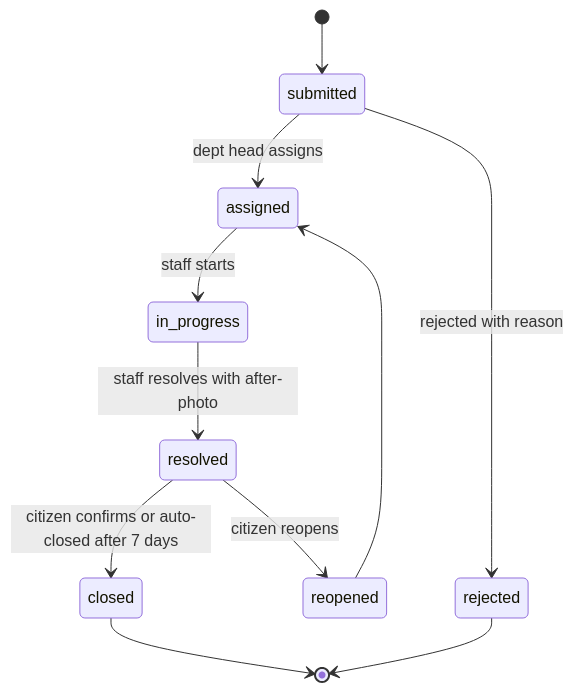
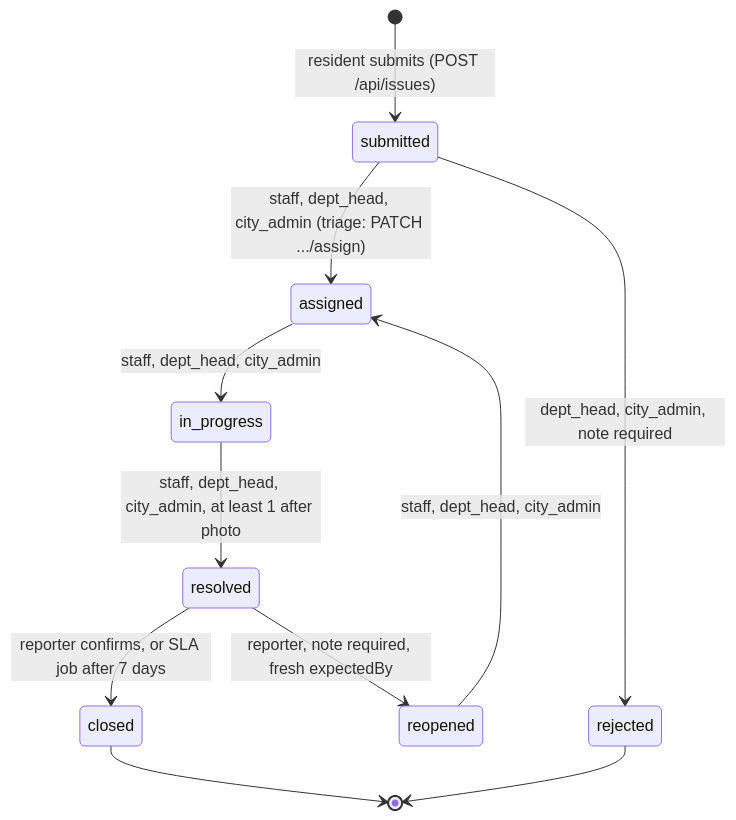
Before and after one commit to sachinsharmaa07/NVN: diagram 29 of 40 in docs/ARCHITECTURE.md, drawn with Mermaid. The commit also changed other lines of this file and 1 other file, not shown here.

Commit message:
docs(m2): issue state machine, status-change sequence, SLA job flow, m2 prompts

````diff
--- a/docs/ARCHITECTURE.md
+++ b/docs/ARCHITECTURE.md
@@ -1388,13 +1421,13 @@
 ```mermaid
 stateDiagram-v2
-  [*] --> submitted
-  submitted --> assigned: dept head assigns
-  assigned --> in_progress: staff starts
-  in_progress --> resolved: staff resolves with after-photo
-  resolved --> closed: citizen confirms or auto-closed after 7 days
-  resolved --> reopened: citizen reopens
-  reopened --> assigned
-  submitted --> rejected: rejected with reason
+  [*] --> submitted: resident submits (POST /api/issues)
+  submitted --> assigned: staff, dept_head, city_admin (triage: PATCH .../assign)
+  submitted --> rejected: dept_head, city_admin, note required
+  assigned --> in_progress: staff, dept_head, city_admin
+  in_progress --> resolved: staff, dept_head, city_admin, at least 1 after photo
+  resolved --> closed: reporter confirms, or SLA job after 7 days
+  resolved --> reopened: reporter, note required, fresh expectedBy
+  reopened --> assigned: staff, dept_head, city_admin
   closed --> [*]
   rejected --> [*]
 ```
````
